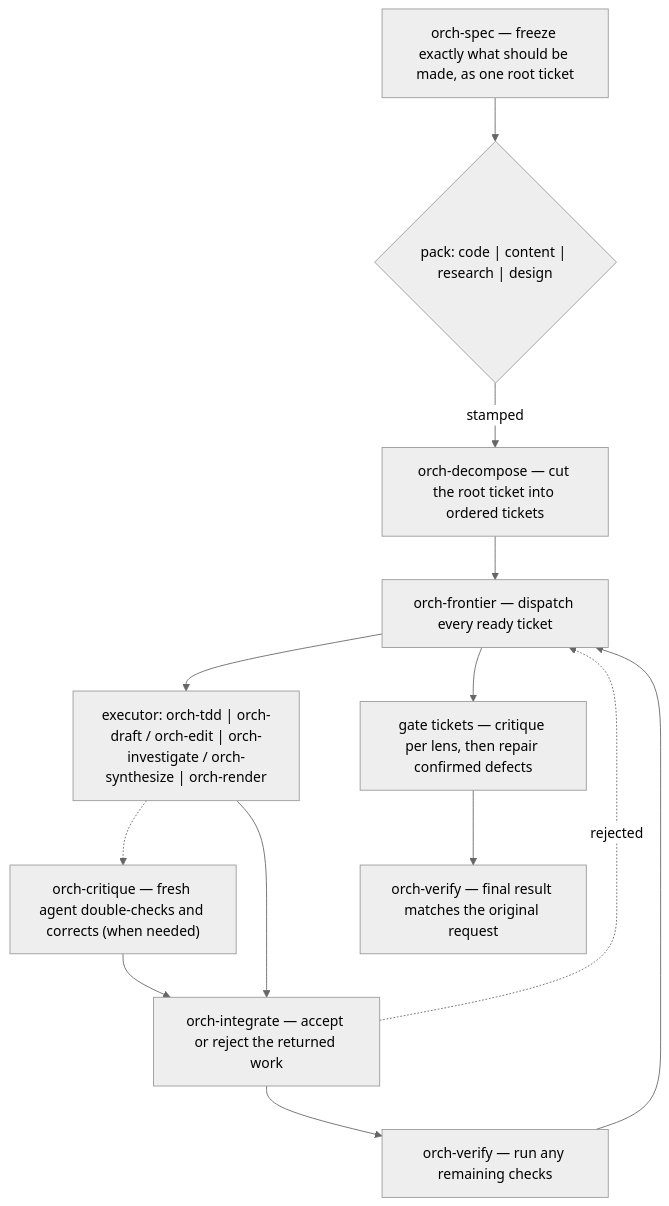
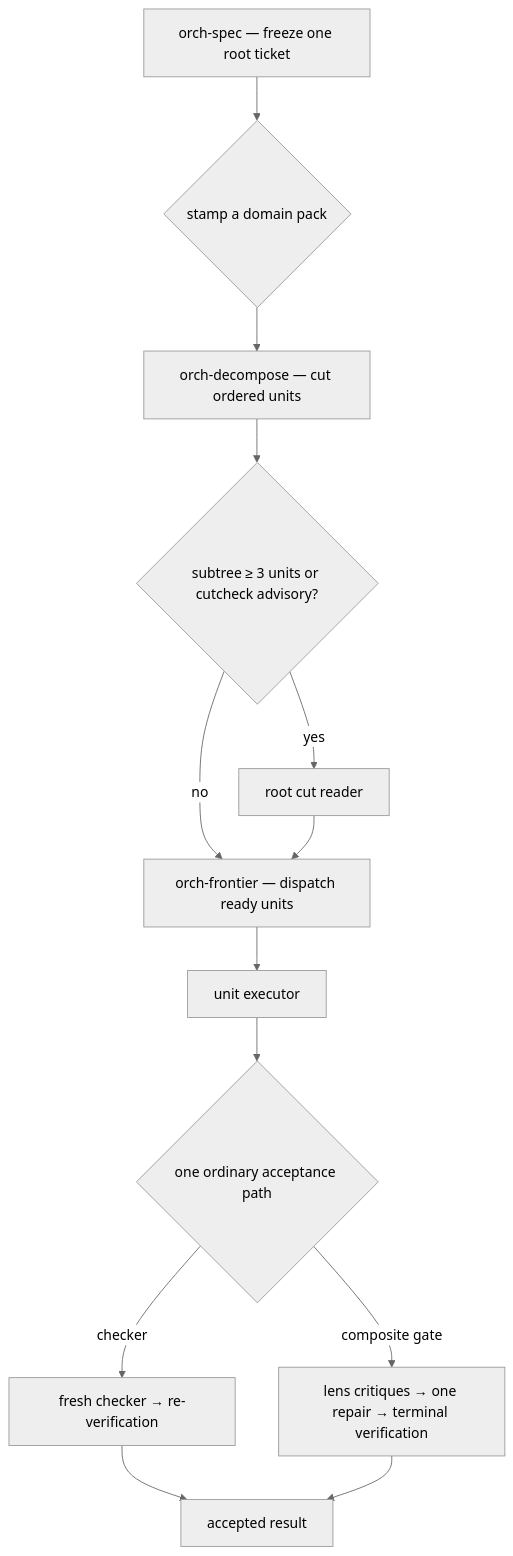
Before and after one commit to DanMcInerney/orchflows: the diagram in README.md, drawn with Mermaid (neutral theme). The commit also changed other lines of this file, not shown here.

Commit message:
docs: correct README delivery pipeline

````diff
--- a/README.md
+++ b/README.md
@@ -140,15 +140,15 @@
 ```mermaid
 flowchart TD
-    spec["orch-spec — freeze exactly what should be made, as one root ticket"] --> pack{"pack: code | content | research | design"}
-    pack -->|stamped| dec["orch-decompose — cut the root ticket into ordered tickets"]
-    dec --> frontier["orch-frontier — dispatch every ready ticket"]
-    frontier --> exec["executor: orch-tdd | orch-draft / orch-edit | orch-investigate / orch-synthesize | orch-render"]
-    exec -.-> chk["orch-critique — fresh agent double-checks and corrects (when needed)"]
-    exec --> integ["orch-integrate — accept or reject the returned work"]
-    chk --> integ
-    integ -.->|rejected| frontier
-    integ --> ver1["orch-verify — run any remaining checks"]
-    ver1 --> frontier
-    frontier --> gate["gate tickets — critique per lens, then repair confirmed defects"]
-    gate --> final["orch-verify — final result matches the original request"]
+    spec["orch-spec — freeze one root ticket"] --> pack{"stamp a domain pack"}
+    pack --> dec["orch-decompose — cut ordered units"]
+    dec --> cut{"subtree ≥ 3 units or cutcheck advisory?"}
+    cut -->|yes| reader["root cut reader"]
+    cut -->|no| frontier["orch-frontier — dispatch ready units"]
+    reader --> frontier
+    frontier --> exec["unit executor"]
+    exec --> path{"one ordinary acceptance path"}
+    path -->|checker| checker["fresh checker → re-verification"]
+    path -->|composite gate| gate["lens critiques → one repair → terminal verification"]
+    checker --> accepted["accepted result"]
+    gate --> accepted
 ```
````
